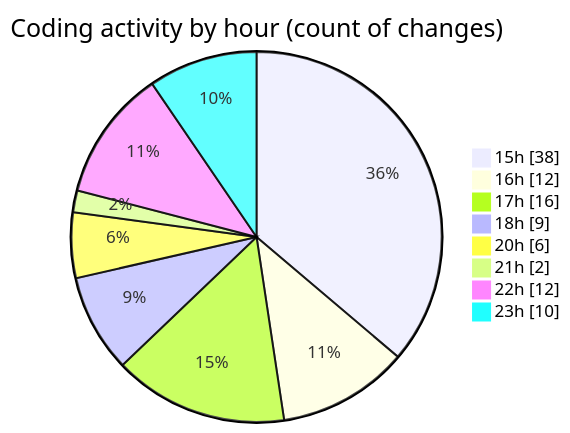
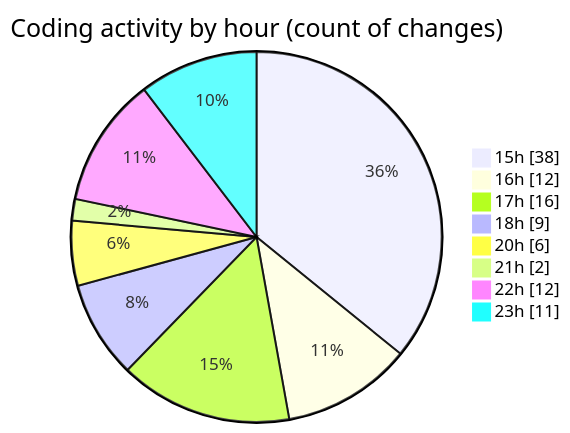
One commit to nxtqubesakshisongat/code-tracking changed the second of 2 diagrams in 2025-09-08/cashcalculator/README.md. Above: the diagram before and after it, drawn with Mermaid. The commit also changed other lines of this file and 1 other file, not shown here.

````diff
--- a/2025-09-08/cashcalculator/README.md
+++ b/2025-09-08/cashcalculator/README.md
@@ -28,12 +28,12 @@
 ```mermaid
 pie showData
 title Coding activity by hour (count of changes)
 "15h" : 38
 "16h" : 12
 "17h" : 16
 "18h" : 9
 "20h" : 6
 "21h" : 2
 "22h" : 12
-"23h" : 10
+"23h" : 11
 ```
````
